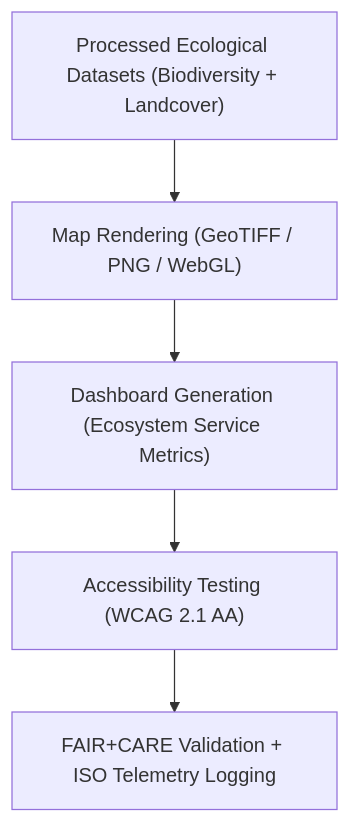
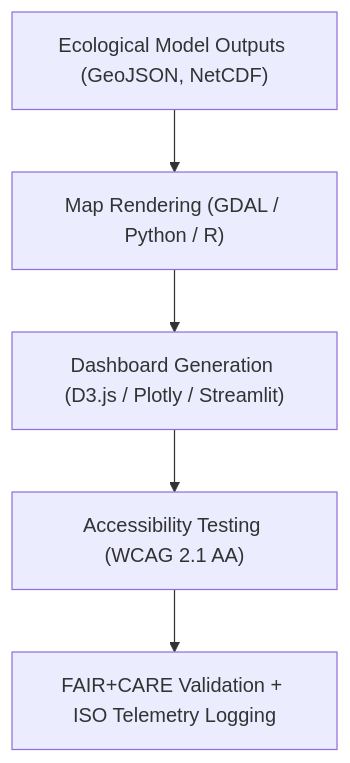
The diagram in docs/analyses/ecology/reports/visualization/README.md (bartytime4life/Kansas-Frontier-Matrix), drawn with Mermaid before and after one commit. The commit also changed other lines of this file, not shown here.

````diff
--- a/docs/analyses/ecology/reports/visualization/README.md
+++ b/docs/analyses/ecology/reports/visualization/README.md
@@ -67,7 +76,7 @@
 ```mermaid
 flowchart TD
-  A["Processed Ecological Datasets (Biodiversity + Landcover)"] --> B["Map Rendering (GeoTIFF / PNG / WebGL)"]
-  B --> C["Dashboard Generation (Ecosystem Service Metrics)"]
+  A["Ecological Model Outputs (GeoJSON, NetCDF)"] --> B["Map Rendering (GDAL / Python / R)"]
+  B --> C["Dashboard Generation (D3.js / Plotly / Streamlit)"]
   C --> D["Accessibility Testing (WCAG 2.1 AA)"]
   D --> E["FAIR+CARE Validation + ISO Telemetry Logging"]
 ```
````
